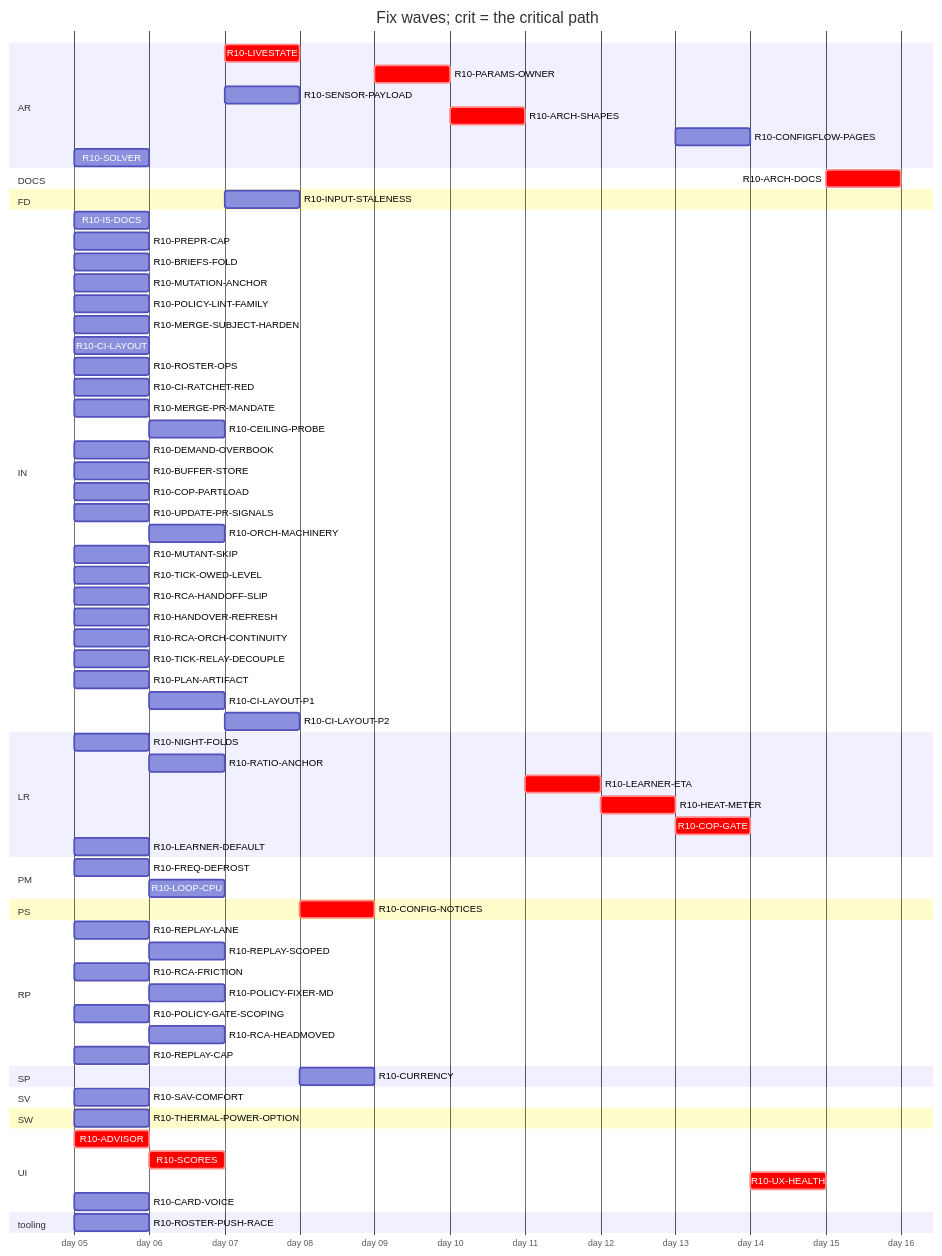
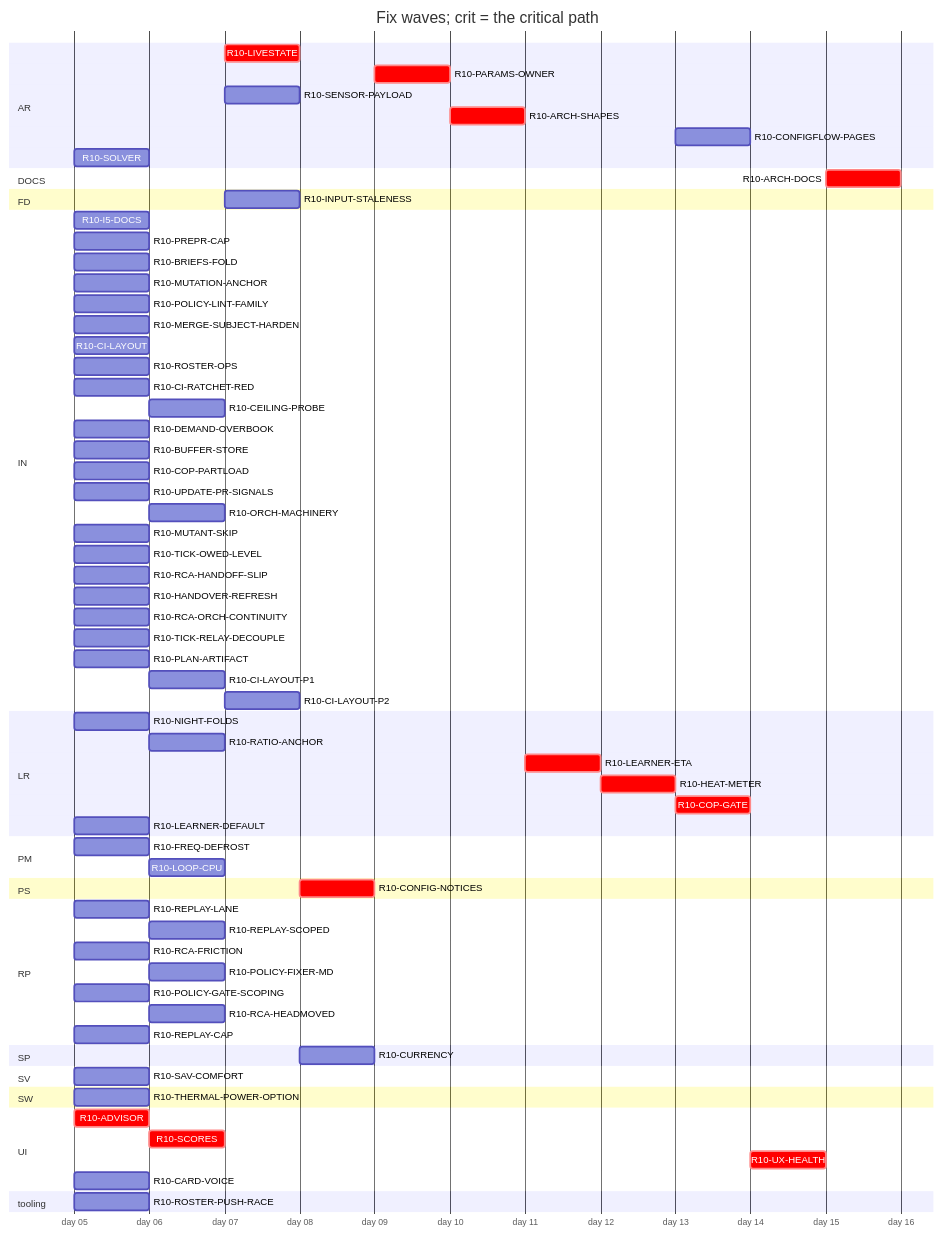
One commit to tvofi/heatpump_optimizer changed the diagram in handoff/round10/state/PLAN-TABLE.md. Above: the diagram before and after it, drawn with Mermaid. The commit also changed other lines of this file and 2 other files, not shown here.

````diff
--- a/handoff/round10/state/PLAN-TABLE.md
+++ b/handoff/round10/state/PLAN-TABLE.md
@@ -26,76 +26,75 @@
 ```mermaid
 gantt
   title Fix waves; crit = the critical path
   dateFormat YYYY-MM-DD
   axisFormat day %d
   section AR
     R10-LIVESTATE :crit, r10LIVESTATE, after r10SCORES, 1d
     R10-PARAMS-OWNER :crit, r10PARAMSOWNER, after r10CONFIGNOTICES, 1d
     R10-SENSOR-PAYLOAD :r10SENSORPAYLOAD, after r10SCORES, 1d
     R10-ARCH-SHAPES :crit, r10ARCHSHAPES, after r10PARAMSOWNER r10SENSORPAYLOAD r10FREQDEFROST, 1d
     R10-CONFIGFLOW-PAGES :r10CONFIGFLOWPAGES, after r10HEATMETER, 1d
     R10-SOLVER :r10SOLVER, 2026-01-05, 1d
   section DOCS
     R10-ARCH-DOCS :crit, r10ARCHDOCS, after r10NIGHTFOLDS r10RATIOANCHOR r10INPUTSTALENESS r10CURRENCY r10FREQDEFROST r10LOOPCPU r10ADVISOR r10SCORES r10LIVESTATE r10CONFIGNOTICES r10PARAMSOWNER r10SENSORPAYLOAD r10ARCHSHAPES r10LEARNERETA r10HEATMETER r10COPGATE r10UXHEALTH r10CONFIGFLOWPAGES r10SOLVER r10I5DOCS r10BRIEFSFOLD r10REPLAYLANE r10REPLAYSCOPED, 1d
   section FD
     R10-INPUT-STALENESS :r10INPUTSTALENESS, after r10RATIOANCHOR, 1d
   section IN
     R10-I5-DOCS :r10I5DOCS, 2026-01-05, 1d
     R10-PREPR-CAP :r10PREPRCAP, 2026-01-05, 1d
     R10-BRIEFS-FOLD :r10BRIEFSFOLD, 2026-01-05, 1d
     R10-MUTATION-ANCHOR :r10MUTATIONANCHOR, 2026-01-05, 1d
     R10-POLICY-LINT-FAMILY :r10POLICYLINTFAMILY, 2026-01-05, 1d
     R10-MERGE-SUBJECT-HARDEN :r10MERGESUBJECTHARDEN, 2026-01-05, 1d
     R10-CI-LAYOUT :r10CILAYOUT, 2026-01-05, 1d
     R10-ROSTER-OPS :r10ROSTEROPS, 2026-01-05, 1d
     R10-CI-RATCHET-RED :r10CIRATCHETRED, 2026-01-05, 1d
-    R10-MERGE-PR-MANDATE :r10MERGEPRMANDATE, 2026-01-05, 1d
     R10-CEILING-PROBE :r10CEILINGPROBE, after r10CILAYOUT r10NIGHTFOLDS, 1d
     R10-DEMAND-OVERBOOK :r10DEMANDOVERBOOK, 2026-01-05, 1d
     R10-BUFFER-STORE :r10BUFFERSTORE, 2026-01-05, 1d
     R10-COP-PARTLOAD :r10COPPARTLOAD, 2026-01-05, 1d
     R10-UPDATE-PR-SIGNALS :r10UPDATEPRSIGNALS, 2026-01-05, 1d
     R10-ORCH-MACHINERY :r10ORCHMACHINERY, after r10ROSTEROPS r10CILAYOUT, 1d
     R10-MUTANT-SKIP :r10MUTANTSKIP, 2026-01-05, 1d
     R10-TICK-OWED-LEVEL :r10TICKOWEDLEVEL, 2026-01-05, 1d
     R10-RCA-HANDOFF-SLIP :r10RCAHANDOFFSLIP, 2026-01-05, 1d
     R10-HANDOVER-REFRESH :r10HANDOVERREFRESH, 2026-01-05, 1d
     R10-RCA-ORCH-CONTINUITY :r10RCAORCHCONTINUITY, 2026-01-05, 1d
     R10-TICK-RELAY-DECOUPLE :r10TICKRELAYDECOUPLE, 2026-01-05, 1d
     R10-PLAN-ARTIFACT :r10PLANARTIFACT, 2026-01-05, 1d
     R10-CI-LAYOUT-P1 :r10CILAYOUTP1, after r10CILAYOUT, 1d
     R10-CI-LAYOUT-P2 :r10CILAYOUTP2, after r10CILAYOUTP1, 1d
   section LR
     R10-NIGHT-FOLDS :r10NIGHTFOLDS, 2026-01-05, 1d
     R10-RATIO-ANCHOR :r10RATIOANCHOR, after r10NIGHTFOLDS, 1d
     R10-LEARNER-ETA :crit, r10LEARNERETA, after r10ARCHSHAPES, 1d
     R10-HEAT-METER :crit, r10HEATMETER, after r10LEARNERETA r10INPUTSTALENESS r10RATIOANCHOR, 1d
     R10-COP-GATE :crit, r10COPGATE, after r10HEATMETER r10SENSORPAYLOAD, 1d
     R10-LEARNER-DEFAULT :r10LEARNERDEFAULT, 2026-01-05, 1d
   section PM
     R10-FREQ-DEFROST :r10FREQDEFROST, 2026-01-05, 1d
     R10-LOOP-CPU :r10LOOPCPU, after r10FREQDEFROST, 1d
   section PS
     R10-CONFIG-NOTICES :crit, r10CONFIGNOTICES, after r10LIVESTATE, 1d
   section RP
     R10-REPLAY-LANE :r10REPLAYLANE, 2026-01-05, 1d
     R10-REPLAY-SCOPED :r10REPLAYSCOPED, after r10REPLAYLANE, 1d
     R10-RCA-FRICTION :r10RCAFRICTION, 2026-01-05, 1d
     R10-POLICY-FIXER-MD :r10POLICYFIXERMD, after r10RCAFRICTION r10BRIEFSFOLD, 1d
     R10-POLICY-GATE-SCOPING :r10POLICYGATESCOPING, 2026-01-05, 1d
     R10-RCA-HEADMOVED :r10RCAHEADMOVED, after r10RCAFRICTION, 1d
     R10-REPLAY-CAP :r10REPLAYCAP, 2026-01-05, 1d
   section SP
     R10-CURRENCY :r10CURRENCY, after r10INPUTSTALENESS, 1d
   section SV
     R10-SAV-COMFORT :r10SAVCOMFORT, 2026-01-05, 1d
   section SW
     R10-THERMAL-POWER-OPTION :r10THERMALPOWEROPTION, 2026-01-05, 1d
   section UI
     R10-ADVISOR :crit, r10ADVISOR, 2026-01-05, 1d
     R10-SCORES :crit, r10SCORES, after r10ADVISOR, 1d
     R10-UX-HEALTH :crit, r10UXHEALTH, after r10SCORES r10COPGATE r10HEATMETER, 1d
     R10-CARD-VOICE :r10CARDVOICE, 2026-01-05, 1d
   section tooling
     R10-ROSTER-PUSH-RACE :r10ROSTERPUSHRACE, 2026-01-05, 1d
 ```
````
